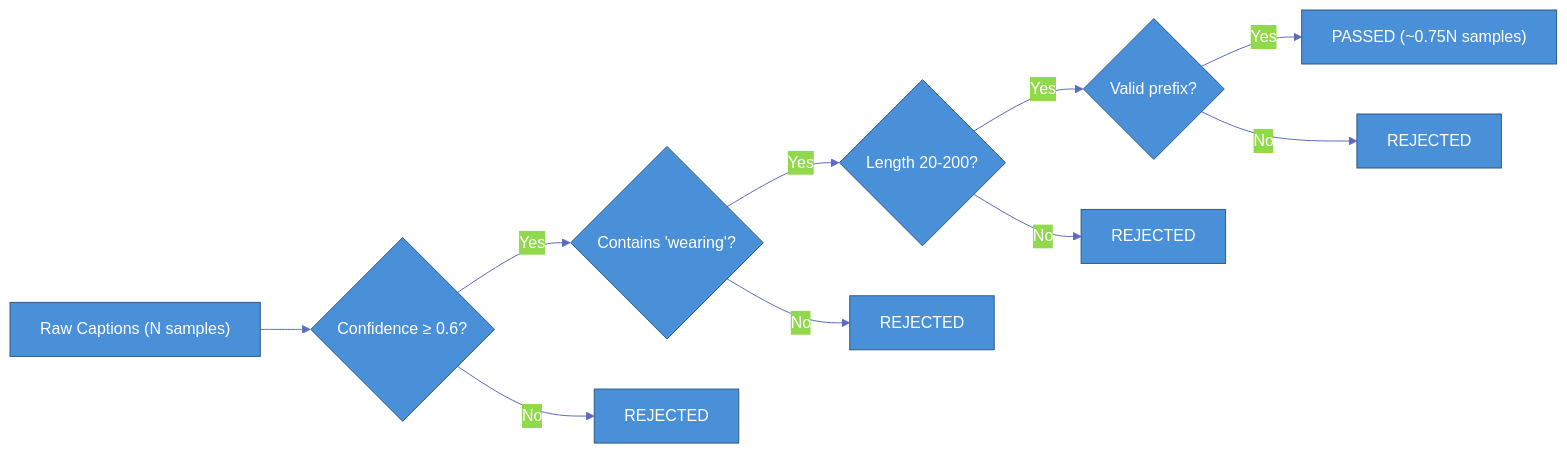
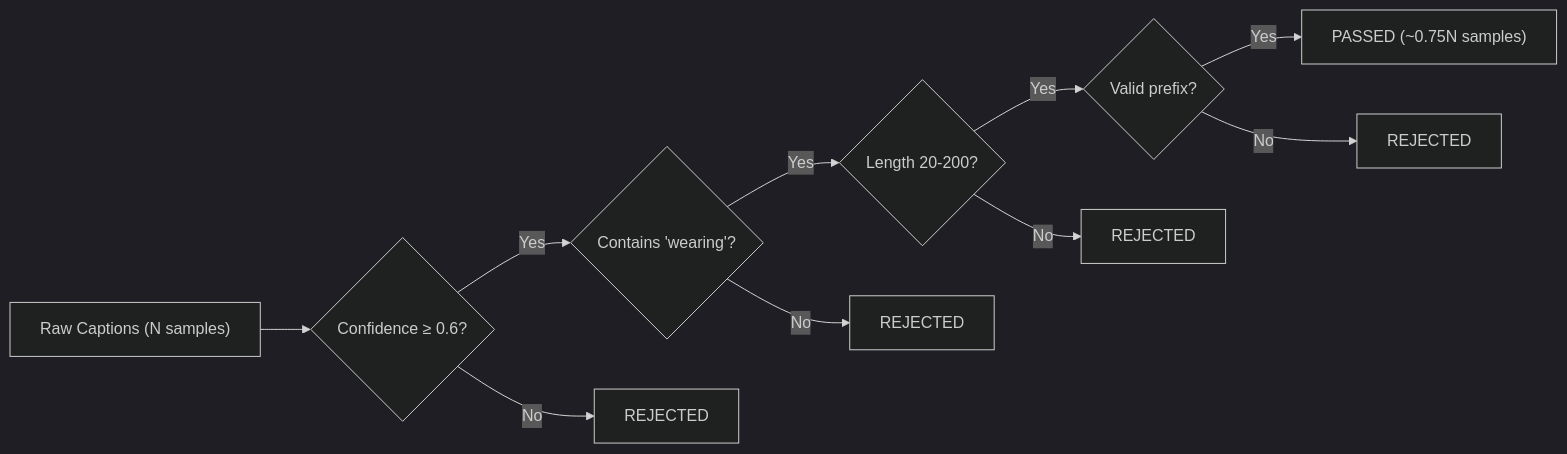
One commit to rishi02102017/Metafusion-Task changed the fifth of 11 diagrams in README.md. Above: the diagram before and after it, drawn with Mermaid. The commit also changed other lines of this file, not shown here.

Commit message:
Fix diagrams - use dark theme instead of ugly yellow base theme

````diff
--- a/README.md
+++ b/README.md
@@ -277,13 +277,13 @@
 ```mermaid
-%%{init: {'theme': 'base', 'themeVariables': { 'primaryColor': '#4a90d9', 'primaryTextColor': '#fff', 'primaryBorderColor': '#2d5986', 'lineColor': '#5c6bc0'}}}%%
+%%{init: {'theme': 'dark'}}%%
 flowchart LR
     RAW["Raw Captions (N samples)"] --> C1{"Confidence ≥ 0.6?"}
     C1 -->|Yes| C2{"Contains 'wearing'?"}
     C1 -->|No| REJ1["REJECTED"]
     C2 -->|Yes| C3{"Length 20-200?"}
     C2 -->|No| REJ2["REJECTED"]
     C3 -->|Yes| C4{"Valid prefix?"}
     C3 -->|No| REJ3["REJECTED"]
     C4 -->|Yes| PASS["PASSED (~0.75N samples)"]
     C4 -->|No| REJ4["REJECTED"]
 ```
````
